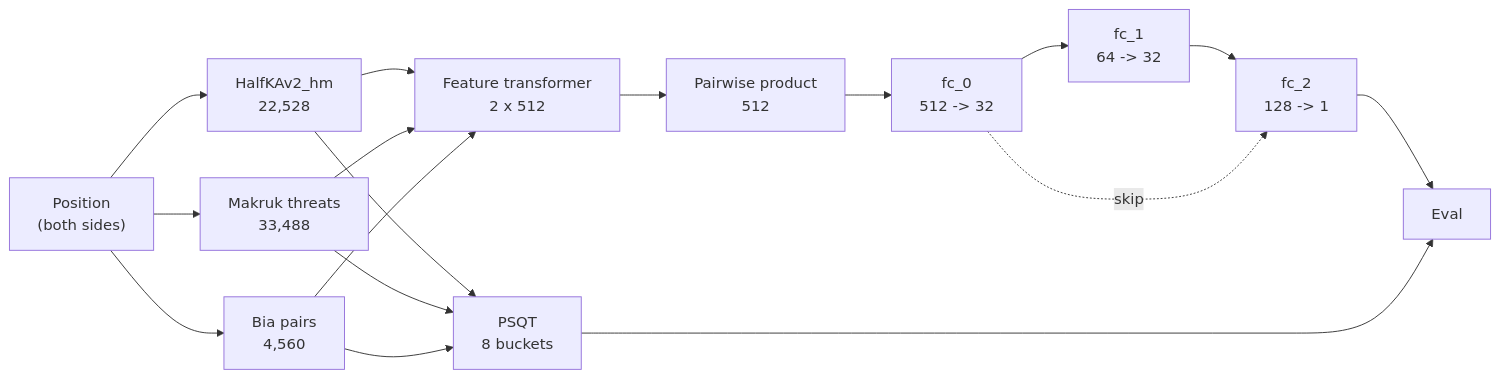
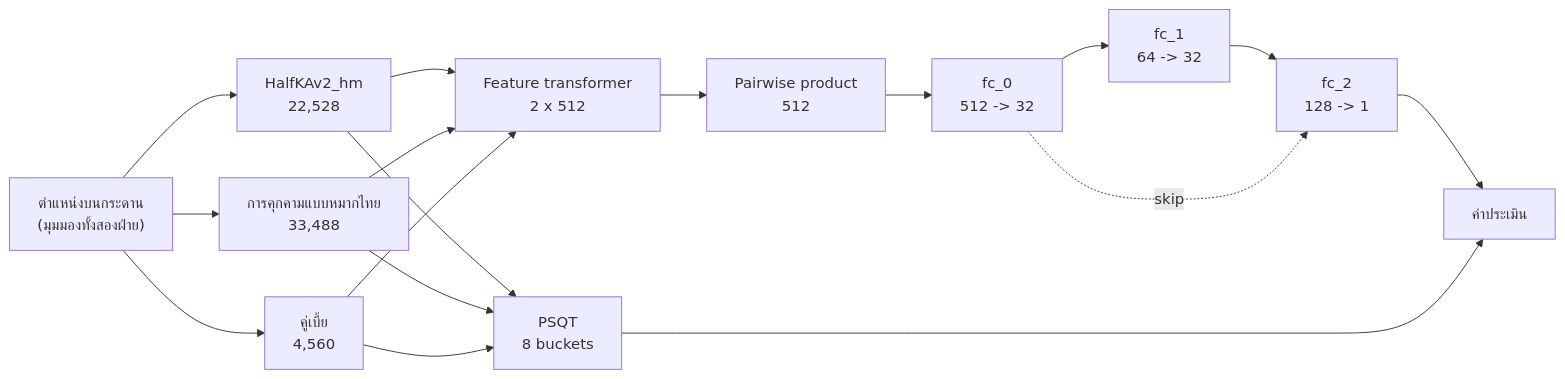
The diagram in README.md (kiraro33/platoo-engine), drawn with Mermaid before and after one commit. The commit also changed other lines of this file and 2 other files, not shown here.

````diff
--- a/README.md
+++ b/README.md
@@ -109,19 +93,19 @@
 ```mermaid
 flowchart LR
-    P["Position<br/>(both sides)"] --> HK["HalfKAv2_hm<br/>22,528"]
-    P --> TH["Makruk threats<br/>33,488"]
-    P --> PP["Bia pairs<br/>4,560"]
+    P["ตำแหน่งบนกระดาน<br/>(มุมมองทั้งสองฝ่าย)"] --> HK["HalfKAv2_hm<br/>22,528"]
+    P --> TH["การคุกคามแบบหมากไทย<br/>33,488"]
+    P --> PP["คู่เบี้ย<br/>4,560"]
     HK --> FT["Feature transformer<br/>2 x 512"]
     TH --> FT
     PP --> FT
     HK --> PS["PSQT<br/>8 buckets"]
     TH --> PS
     PP --> PS
     FT --> PW["Pairwise product<br/>512"]
     PW --> F0["fc_0<br/>512 -> 32"]
     F0 --> F1["fc_1<br/>64 -> 32"]
     F1 --> F2["fc_2<br/>128 -> 1"]
     F0 -.->|skip| F2
-    F2 --> E["Eval"]
+    F2 --> E["ค่าประเมิน"]
     PS --> E
 ```
````
